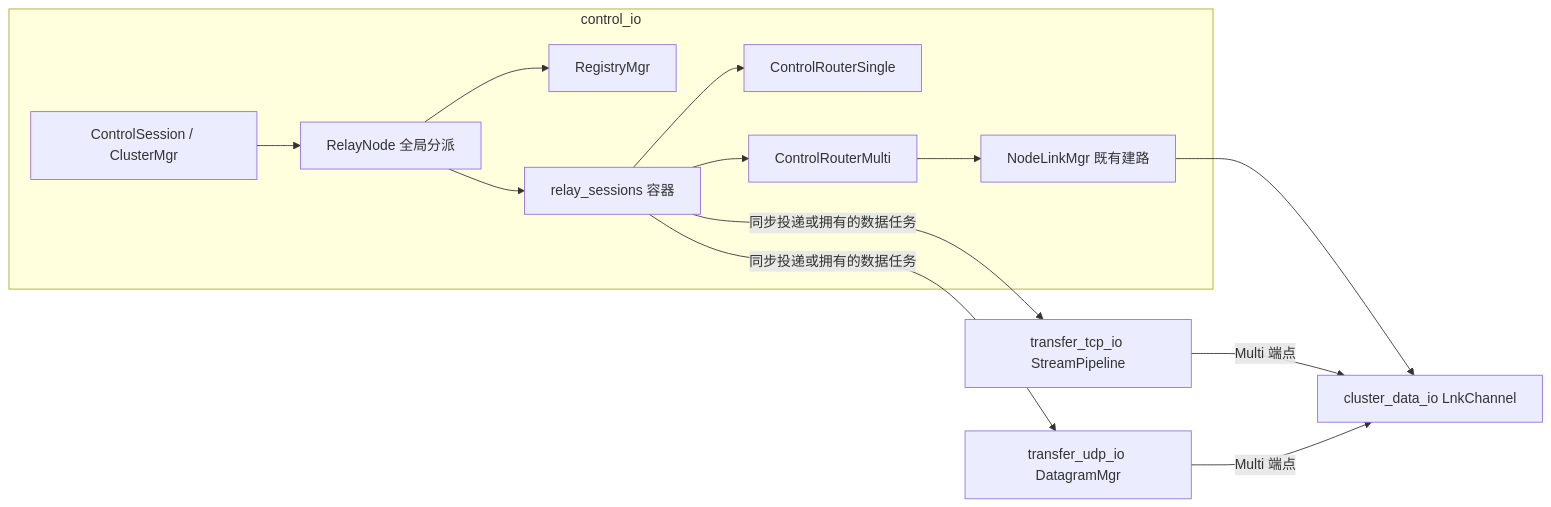
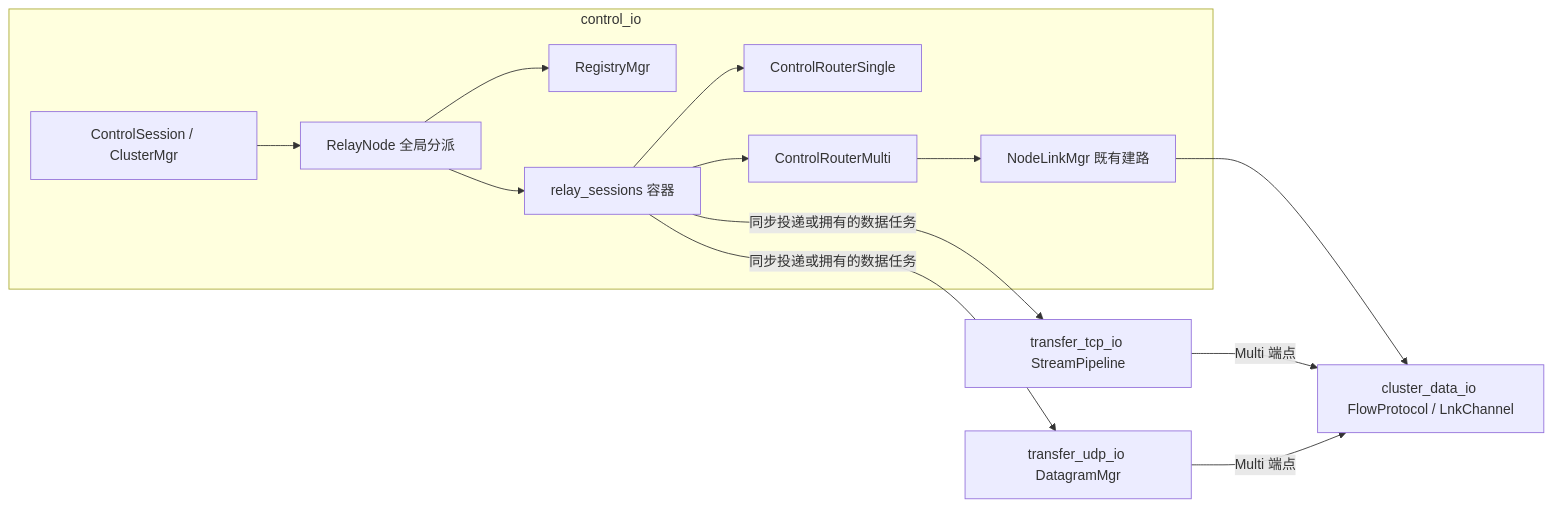
Before and after one commit to Xtinc/relayweave: the fifth of 13 diagrams in docs/RelayWeave设计.md, drawn with Mermaid. The commit also changed other lines of this file and 35 other files, not shown here.

First line of the commit message:
Implement per-hop flow control and simplify protocol ownership

````diff
--- a/docs/RelayWeave设计.md
+++ b/docs/RelayWeave设计.md
@@ -472,16 +476,16 @@
 ```mermaid
 flowchart LR
     subgraph C[control_io]
         CS[ControlSession / ClusterMgr] --> RN[RelayNode 全局分派]
         RN --> REG[RegistryMgr]
         RN --> RS[relay_sessions 容器]
         RS --> S[ControlRouterSingle]
         RS --> M[ControlRouterMulti]
         M --> NL[NodeLinkMgr 既有建路]
     end
     RS -->|同步投递或拥有的数据任务| TCP[transfer_tcp_io StreamPipeline]
     RS -->|同步投递或拥有的数据任务| UDP[transfer_udp_io DatagramMgr]
-    NL --> CD[cluster_data_io LnkChannel]
+    NL --> CD[cluster_data_io FlowProtocol / LnkChannel]
     TCP -->|Multi 端点| CD
     UDP -->|Multi 端点| CD
 ```
````
